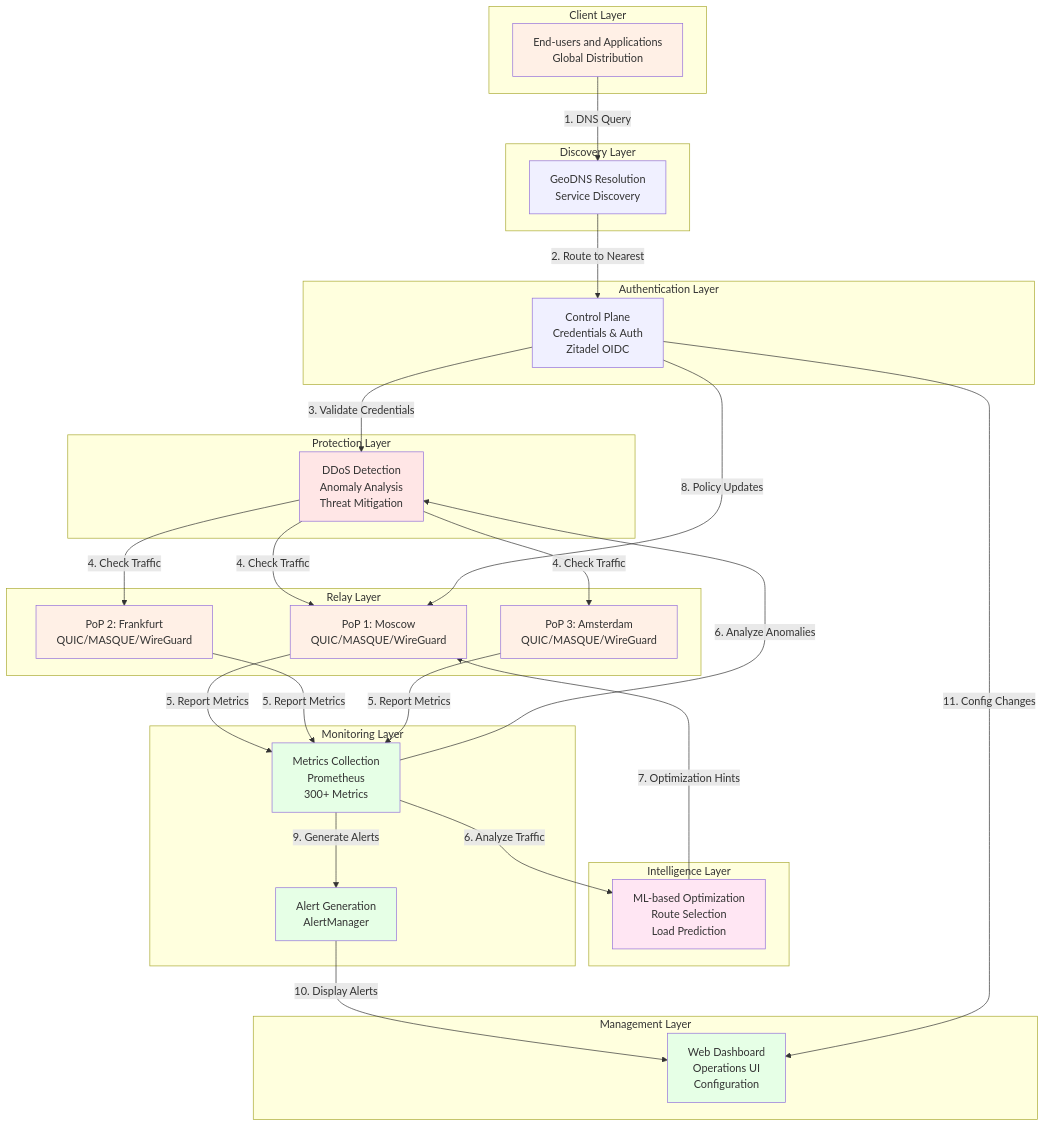
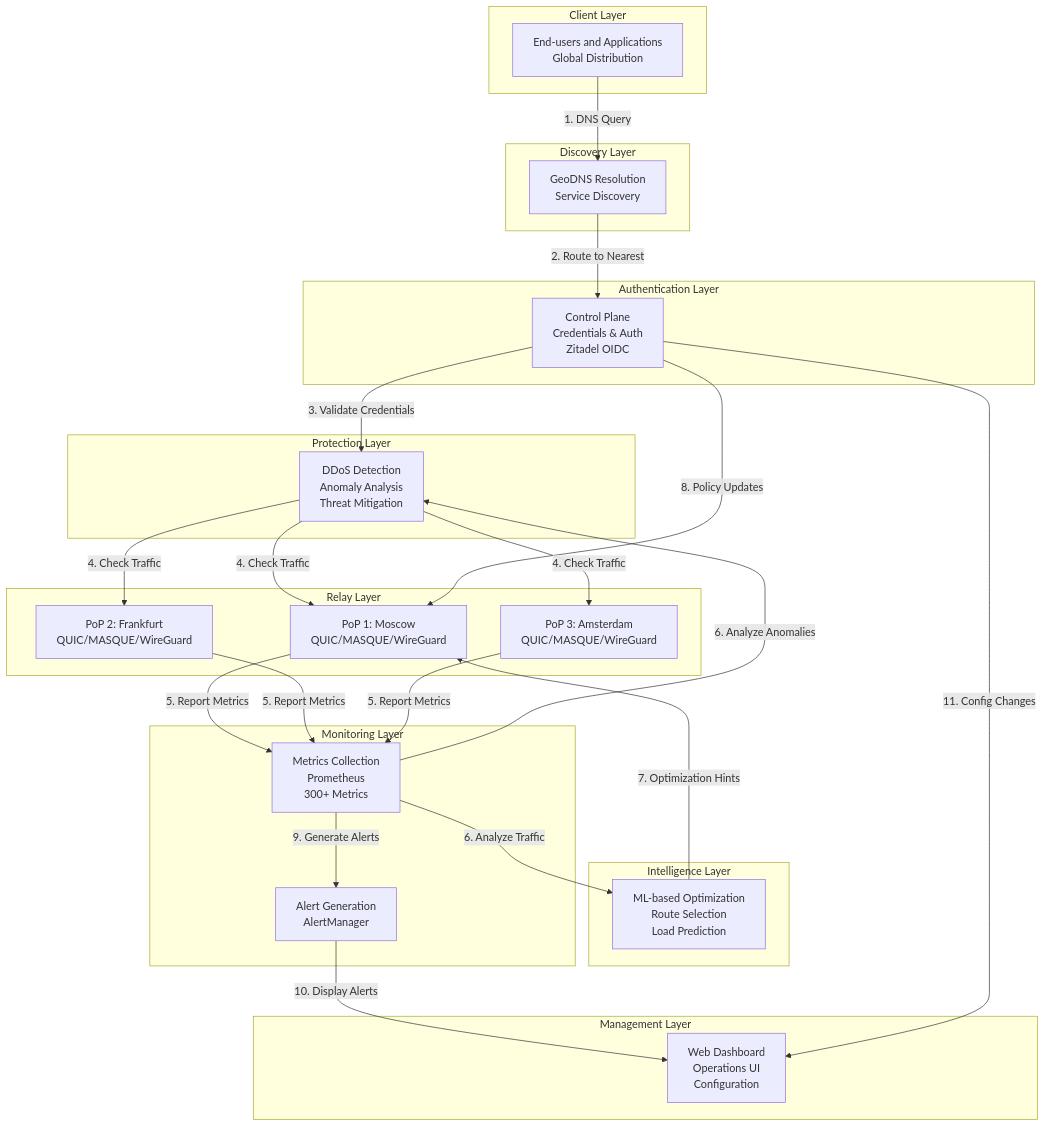
The second of 3 diagrams in ARCHITECTURE/PROJECT_OVERVIEW.md (twogc/cloudbridge-docs), drawn with Mermaid before and after one commit. The commit also changed other lines of this file and 1 other file, not shown here.

````diff
--- a/ARCHITECTURE/PROJECT_OVERVIEW.md
+++ b/ARCHITECTURE/PROJECT_OVERVIEW.md
@@ -354,70 +376,58 @@
 ```mermaid
 graph TB
     subgraph "Client Layer"
         CLIENTS["End-users and Applications<br/>Global Distribution"]
     end
 
     subgraph "Discovery Layer"
         DNS["GeoDNS Resolution<br/>Service Discovery"]
     end
 
     subgraph "Authentication Layer"
         CREDS["Control Plane<br/>Credentials & Auth<br/>Zitadel OIDC"]
     end
 
     subgraph "Protection Layer"
         DDOS["DDoS Detection<br/>Anomaly Analysis<br/>Threat Mitigation"]
     end
 
     subgraph "Relay Layer"
         POP1["PoP 1: Moscow<br/>QUIC/MASQUE/WireGuard"]
         POP2["PoP 2: Frankfurt<br/>QUIC/MASQUE/WireGuard"]
         POP3["PoP 3: Amsterdam<br/>QUIC/MASQUE/WireGuard"]
     end
 
     subgraph "Intelligence Layer"
         AIML["ML-based Optimization<br/>Route Selection<br/>Load Prediction"]
     end
 
     subgraph "Monitoring Layer"
         METRICS["Metrics Collection<br/>Prometheus<br/>300+ Metrics"]
         ALERTS["Alert Generation<br/>AlertManager"]
     end
 
     subgraph "Management Layer"
         DASHBOARD["Web Dashboard<br/>Operations UI<br/>Configuration"]
     end
 
     CLIENTS -->|1. DNS Query| DNS
     DNS -->|2. Route to Nearest| CREDS
     CREDS -->|3. Validate Credentials| DDOS
     DDOS -->|4. Check Traffic| POP1
     DDOS -->|4. Check Traffic| POP2
     DDOS -->|4. Check Traffic| POP3
 
     POP1 -->|5. Report Metrics| METRICS
     POP2 -->|5. Report Metrics| METRICS
     POP3 -->|5. Report Metrics| METRICS
 
     METRICS -->|6. Analyze Traffic| AIML
     METRICS -->|6. Analyze Anomalies| DDOS
 
     AIML -->|7. Optimization Hints| POP1
     CREDS -->|8. Policy Updates| POP1
 
     METRICS -->|9. Generate Alerts| ALERTS
     ALERTS -->|10. Display Alerts| DASHBOARD
     CREDS -->|11. Config Changes| DASHBOARD
-
-    style CLIENTS fill:#fff0e6
-    style DNS fill:#f0f0ff
-    style CREDS fill:#f0f0ff
-    style DDOS fill:#ffe6e6
-    style POP1 fill:#fff0e6
-    style POP2 fill:#fff0e6
-    style POP3 fill:#fff0e6
-    style AIML fill:#ffe6f3
-    style METRICS fill:#e6ffe6
-    style ALERTS fill:#e6ffe6
-    style DASHBOARD fill:#e6ffe6
 ```
````
